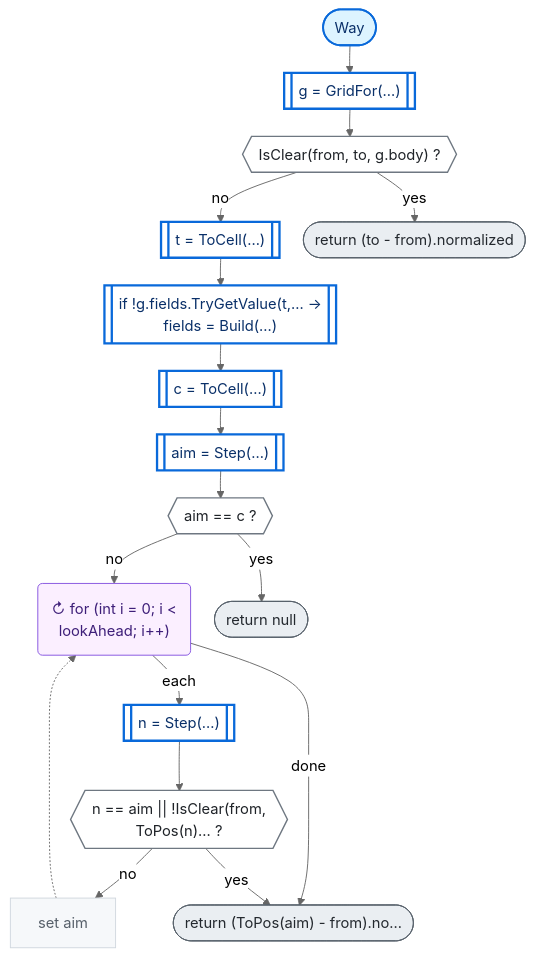
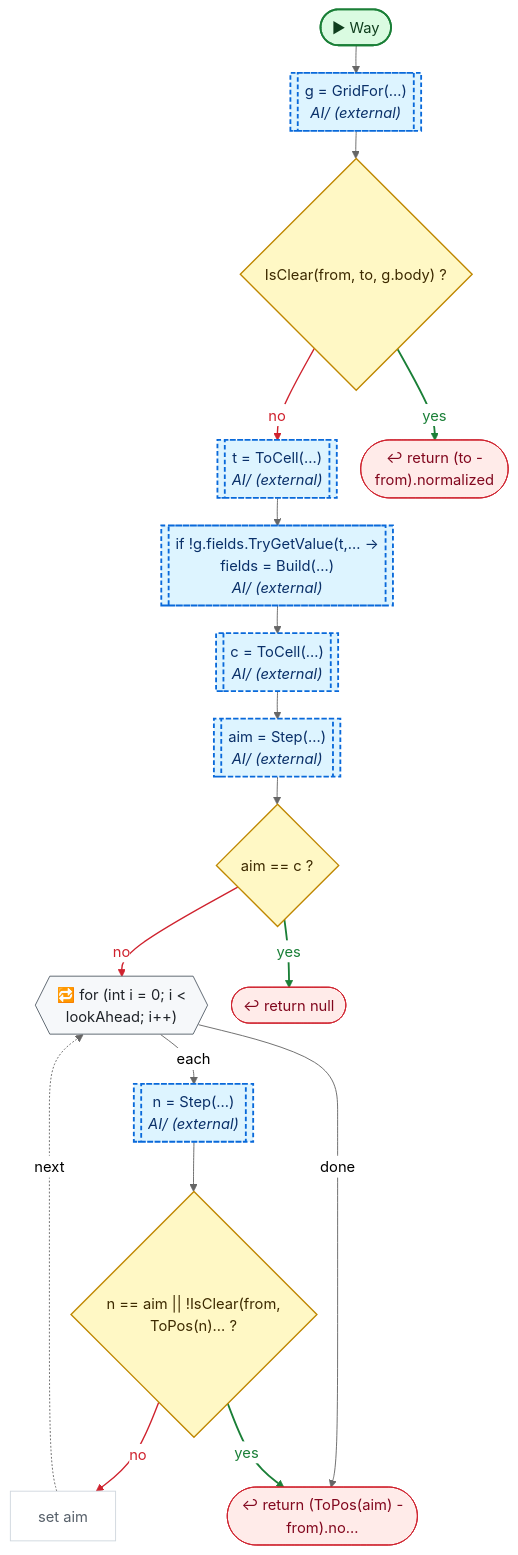
Before and after one commit to nataiai/Lord-of-the-Dungeon: the fifth of 14 diagrams in CodeGraph~/graph/AI/PathFinding.cs.md, drawn with Mermaid (neutral theme). The commit also changed other lines of this file and 44 other files, not shown here.

````diff
--- a/CodeGraph~/graph/AI/PathFinding.cs.md
+++ b/CodeGraph~/graph/AI/PathFinding.cs.md
@@ -245,57 +261,67 @@
 ```mermaid
 ---
 config:
   flowchart:
     wrappingWidth: 260
     nodeSpacing: 26
     rankSpacing: 30
 ---
 flowchart TD
-  nS(["Way"])
-  ndbf665[["g = GridFor(…)"]]
-  nf618e9{{"IsClear(from, to, g.body) ?"}}
-  n178a4f[["t = ToCell(…)"]]
-  n313361[["if !g.fields.TryGetValue(t,… →<br>fields = Build(…)"]]
-  n5c6647[["c = ToCell(…)"]]
-  ndf2bd6[["aim = Step(…)"]]
-  nfdcb74{{"aim == c ?"}}
-  n49863c("  ↻ for (int i = 0; i #60;<br>lookAhead; i++)  ")
-  nac54b8[["n = Step(…)"]]
-  n9ee7da{{"n == aim #124;#124; !IsClear(from,<br>ToPos(n)… ?"}}
+  nS(["▶ Way"])
+  ndbf665[["g = GridFor(…)<br><i>AI/ (external)</i>"]]
+  nf618e9{"IsClear(from, to, g.body) ?"}
+  n178a4f[["t = ToCell(…)<br><i>AI/ (external)</i>"]]
+  n313361[["if !g.fields.TryGetValue(t,… →<br>fields = Build(…)<br><i>AI/ (external)</i>"]]
+  n5c6647[["c = ToCell(…)<br><i>AI/ (external)</i>"]]
+  ndf2bd6[["aim = Step(…)<br><i>AI/ (external)</i>"]]
+  nfdcb74{"aim == c ?"}
+  n49863c{{"🔁 for (int i = 0; i #60;<br>lookAhead; i++)"}}
+  nac54b8[["n = Step(…)<br><i>AI/ (external)</i>"]]
+  n9ee7da{"n == aim #124;#124; !IsClear(from,<br>ToPos(n)… ?"}
   n3e1d1f["set aim"]
-  na2433f(["return (to - from).normalized"])
-  neebe27(["return null"])
-  n095176(["return (ToPos(aim) - from).no…"])
+  na2433f(["↩ return (to -<br>from).normalized"])
+  neebe27(["↩ return null"])
+  n095176(["↩ return (ToPos(aim) -<br>from).no…"])
   nS --> ndbf665
   ndbf665 --> nf618e9
   nf618e9 -->|no| n178a4f
   nf618e9 -->|yes| na2433f
   n178a4f --> n313361
   n313361 --> n5c6647
   n5c6647 --> ndf2bd6
   ndf2bd6 --> nfdcb74
   nfdcb74 -->|no| n49863c
   nfdcb74 -->|yes| neebe27
   n49863c -->|each| nac54b8
   nac54b8 --> n9ee7da
   n9ee7da -->|no| n3e1d1f
-  n3e1d1f -.-> n49863c
+  n3e1d1f -.->|next| n49863c
   n49863c -->|done| n095176
   n9ee7da -->|yes| n095176
-  classDef unity fill:#fff1c2,stroke:#9a6700,stroke-width:2px,color:#3b2300
-  classDef start fill:#ddf4ff,stroke:#0969da,stroke-width:2px,color:#0a3069
-  classDef calc fill:#f6f8fa,stroke:#d0d7de,color:#57606a
-  classDef calls fill:#ffffff,stroke:#0969da,stroke-width:2.5px,color:#0a3069
-  classDef cond fill:#ffffff,stroke:#6e7781,stroke-width:1.5px,color:#1f2328
-  classDef loop fill:#fbefff,stroke:#8250df,color:#3e1f79
-  classDef exit fill:#eaeef2,stroke:#57606a,color:#24292f
-  classDef wait fill:#fff8f0,stroke:#bc4c00,color:#4d1d00
+  linkStyle 2 stroke:#cf222e,stroke-width:1.5px,color:#cf222e
+  linkStyle 3 stroke:#1a7f37,stroke-width:2px,color:#1a7f37
+  linkStyle 8 stroke:#cf222e,stroke-width:1.5px,color:#cf222e
+  linkStyle 9 stroke:#1a7f37,stroke-width:2px,color:#1a7f37
+  linkStyle 12 stroke:#cf222e,stroke-width:1.5px,color:#cf222e
+  linkStyle 15 stroke:#1a7f37,stroke-width:2px,color:#1a7f37
+  classDef unity fill:#dafbe1,stroke:#1a7f37,stroke-width:2px,color:#0f3d1d
+  classDef start fill:#dafbe1,stroke:#1a7f37,stroke-width:2px,color:#0f3d1d
+  classDef calc fill:#ffffff,stroke:#d0d7de,color:#57606a
+  classDef calls fill:#ddf4ff,stroke:#0969da,stroke-width:2px,color:#0a3069
+  classDef ext fill:#ddf4ff,stroke:#0969da,stroke-width:2px,stroke-dasharray:5 3,color:#0a3069
+  classDef cond fill:#fff8c5,stroke:#bf8700,stroke-width:1.5px,color:#3d2a00
+  classDef loop fill:#f6f8fa,stroke:#57606a,color:#1f2328
+  classDef exit fill:#ffebe9,stroke:#cf222e,color:#82071e
+  classDef kill fill:#ffebe9,stroke:#cf222e,stroke-width:2px,color:#82071e
+  classDef spawn fill:#dafbe1,stroke:#1a7f37,stroke-width:2px,color:#0f3d1d
+  classDef wait fill:#fff1e5,stroke:#bc4c00,color:#4d1d00
   classDef fin fill:#eaeef2,stroke:#8c959f,color:#57606a
   classDef join fill:#d0d7de,stroke:#8c959f,color:#57606a
+  classDef ghdr fill:#f5f9ff,stroke:#f5f9ff,color:#0a3069,font-weight:bold
   class n3e1d1f calc
-  class ndbf665,n178a4f,n313361,n5c6647,ndf2bd6,nac54b8 calls
   class nf618e9,nfdcb74,n9ee7da cond
   class na2433f,neebe27,n095176 exit
+  class ndbf665,n178a4f,n313361,n5c6647,ndf2bd6,nac54b8 ext
   class n49863c loop
   class nS start
 ```
````
